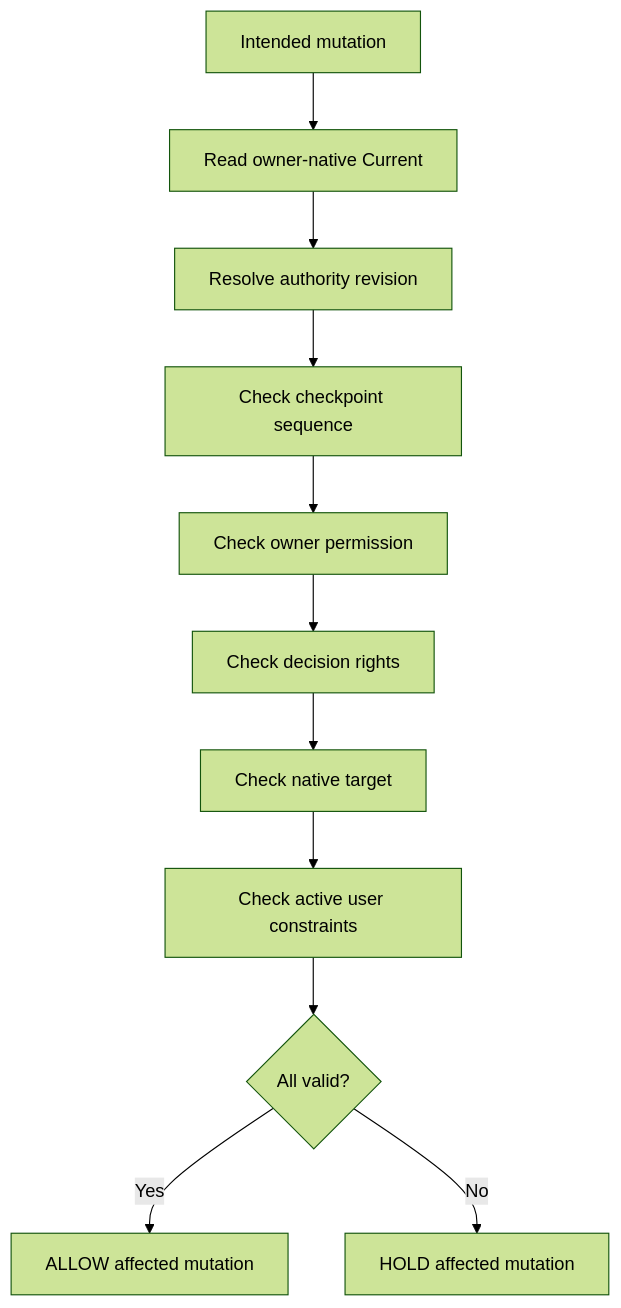
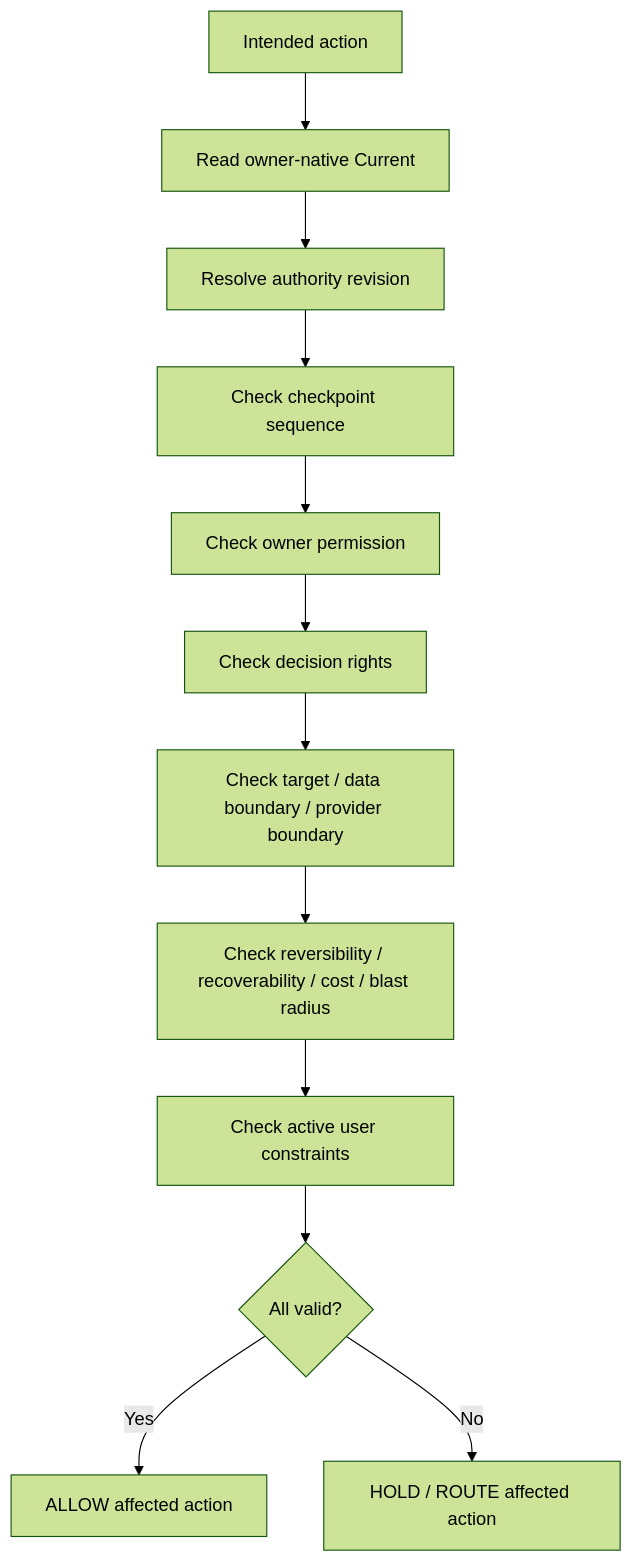
Before and after one commit to Jiaosong/Design: the diagram in product-docs/v0.3/nodes/N10D_MUTATION_GUARD.md, drawn with Mermaid (forest theme). The commit also changed other lines of this file and 71 other files, not shown here.

````diff
--- a/product-docs/v0.3/nodes/N10D_MUTATION_GUARD.md
+++ b/product-docs/v0.3/nodes/N10D_MUTATION_GUARD.md
@@ -19,13 +20,14 @@
 ```mermaid
 flowchart TD
-    M[Intended mutation] --> C[Read owner-native Current]
+    M[Intended action] --> C[Read owner-native Current]
     C --> R[Resolve authority revision]
     R --> K[Check checkpoint sequence]
     K --> P[Check owner permission]
     P --> D[Check decision rights]
-    D --> T[Check native target]
-    T --> U[Check active user constraints]
+    D --> T[Check target / data boundary / provider boundary]
+    T --> S[Check reversibility / recoverability / cost / blast radius]
+    S --> U[Check active user constraints]
     U --> X{All valid?}
-    X -- Yes --> A[ALLOW affected mutation]
-    X -- No --> H[HOLD affected mutation]
+    X -- Yes --> A[ALLOW affected action]
+    X -- No --> H[HOLD / ROUTE affected action]
 ```
````
